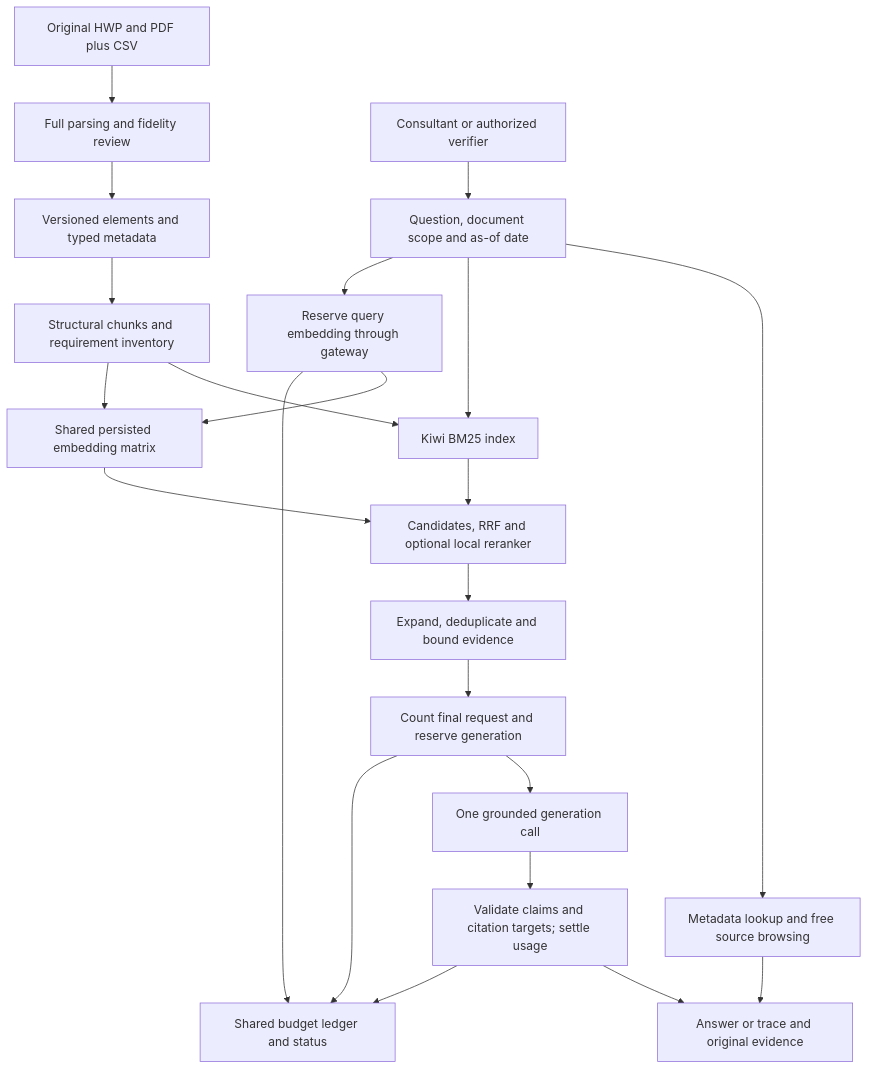
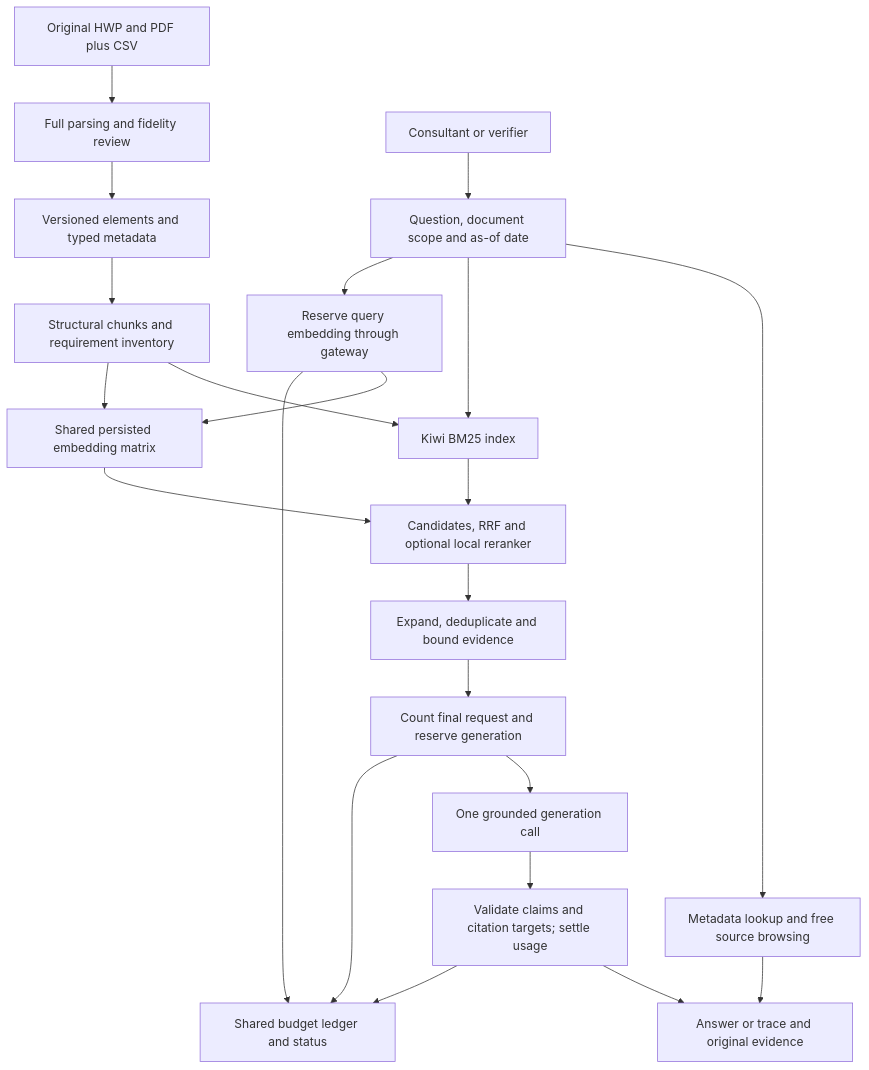
The diagram in docs/plan/end-to-end/0-overview.md (littleeeeebit/project-codeit-mid), drawn with Mermaid before and after one commit. The commit also changed other lines of this file and 41 other files, not shown here.

````diff
--- a/docs/plan/end-to-end/0-overview.md
+++ b/docs/plan/end-to-end/0-overview.md
@@ -68,24 +69,24 @@
 ```mermaid
 flowchart TD
     O[Original HWP and PDF plus CSV] --> P[Full parsing and fidelity review]
     P --> S[Versioned elements and typed metadata]
     S --> C[Structural chunks and requirement inventory]
     C --> B[Kiwi BM25 index]
     C --> D[Shared persisted embedding matrix]
-    U[Consultant or authorized verifier] --> Q[Question, document scope and as-of date]
+    U[Consultant or verifier] --> Q[Question, document scope and as-of date]
     Q --> M[Metadata lookup and free source browsing]
     Q --> B
     Q --> E[Reserve query embedding through gateway]
     E --> D
     B --> R[Candidates, RRF and optional local reranker]
     D --> R
     R --> K[Expand, deduplicate and bound evidence]
     K --> G[Count final request and reserve generation]
     G --> A[One grounded generation call]
     A --> V[Validate claims and citation targets; settle usage]
     M --> UI[Answer or trace and original evidence]
     V --> UI
     E --> L[Shared budget ledger and status]
     G --> L
     V --> L
 ```
````
